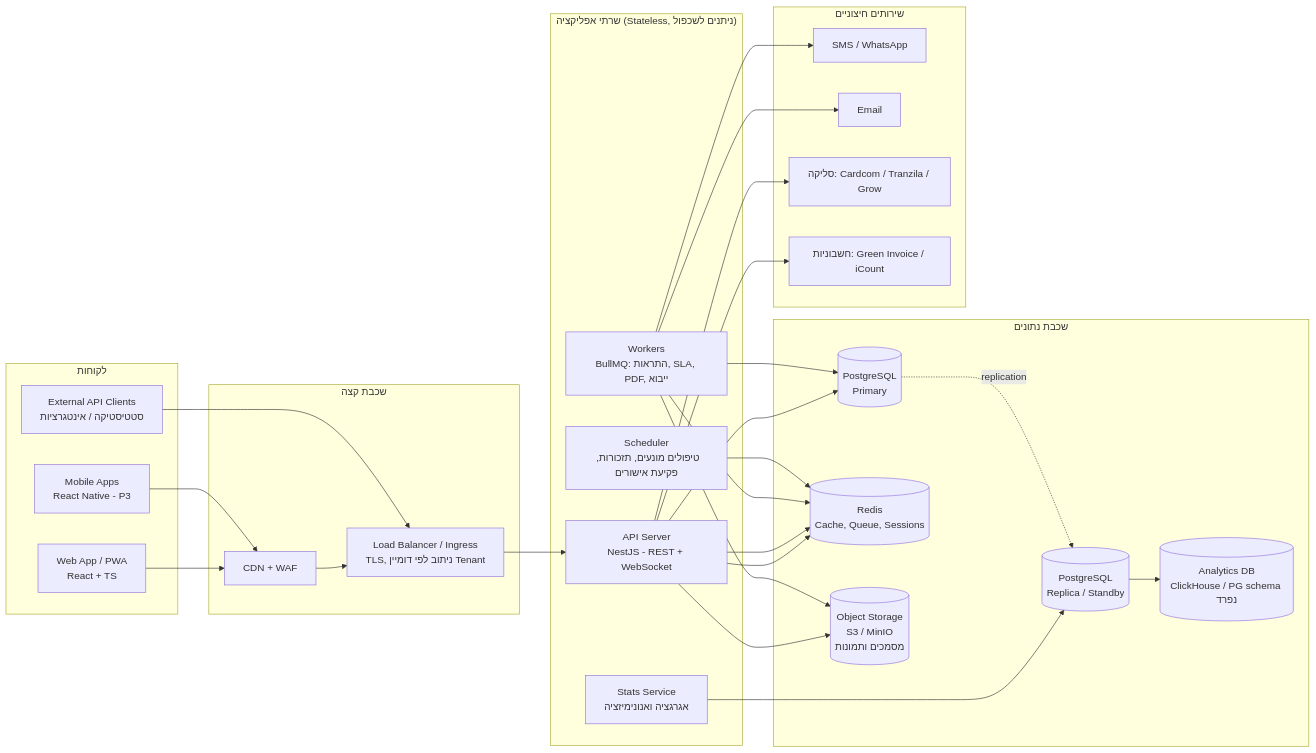
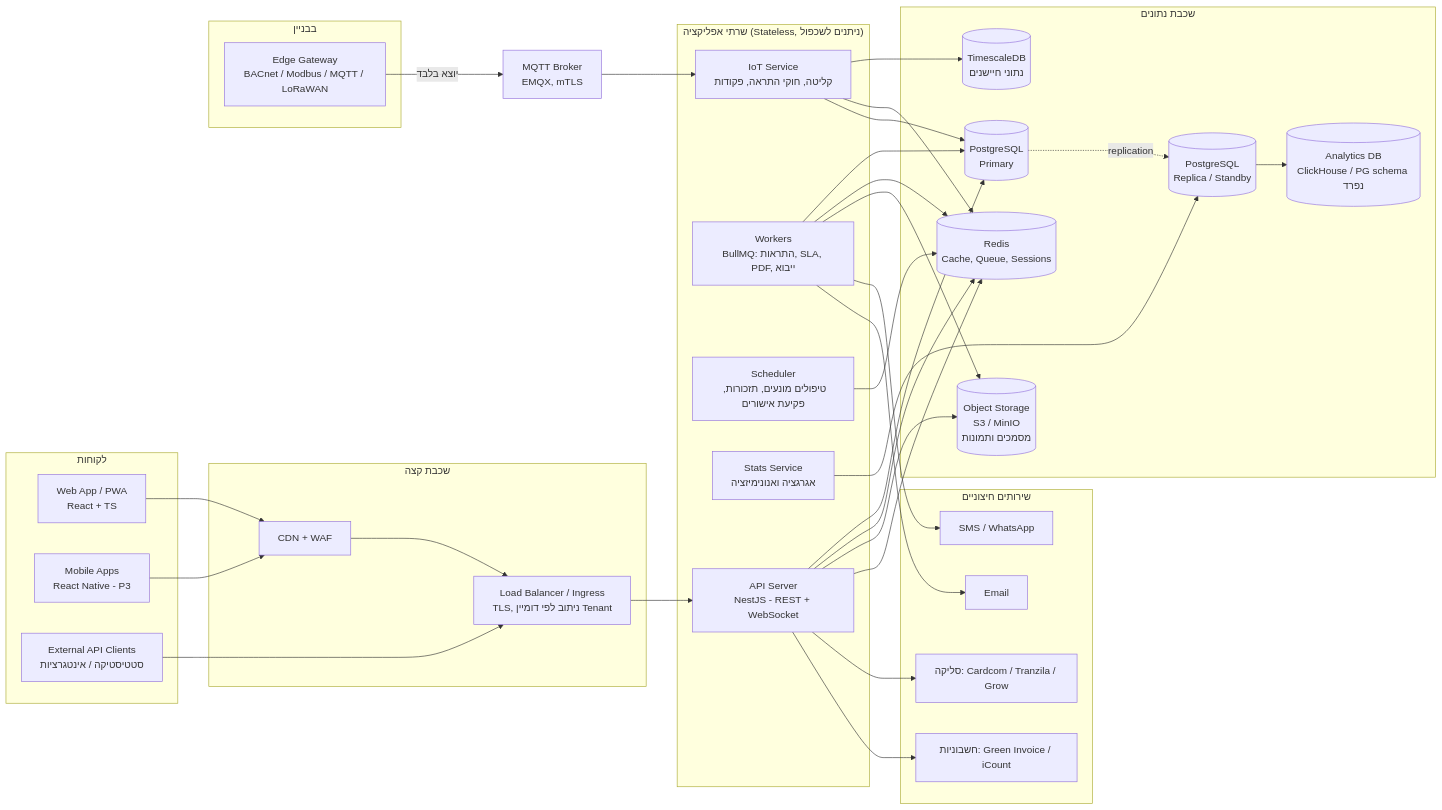
Before and after one commit to ma3333/ma3000: the diagram in docs/03-architecture.md, drawn with Mermaid. The commit also changed other lines of this file and 9 other files, not shown here.

````diff
--- a/docs/03-architecture.md
+++ b/docs/03-architecture.md
@@ -5,45 +5,56 @@
 ```mermaid
 flowchart LR
     subgraph Clients["לקוחות"]
         W[Web App / PWA<br/>React + TS]
         M[Mobile Apps<br/>React Native - P3]
         X[External API Clients<br/>סטטיסטיקה / אינטגרציות]
     end
 
     subgraph Edge["שכבת קצה"]
         CDN[CDN + WAF]
         LB[Load Balancer / Ingress<br/>TLS, ניתוב לפי דומיין Tenant]
     end
 
     subgraph App["שרתי אפליקציה (Stateless, ניתנים לשכפול)"]
         API[API Server<br/>NestJS - REST + WebSocket]
         WRK[Workers<br/>BullMQ: התראות, SLA, PDF, ייבוא]
         SCH[Scheduler<br/>טיפולים מונעים, תזכורות, פקיעת אישורים]
         STAT[Stats Service<br/>אגרגציה ואנונימיזציה]
+        IOT[IoT Service<br/>קליטה, חוקי התראה, פקודות]
     end
+
+    subgraph Site["בבניין"]
+        GW[Edge Gateway<br/>BACnet / Modbus / MQTT / LoRaWAN]
+    end
+
+    MQ[MQTT Broker<br/>EMQX, mTLS]
 
     subgraph Data["שכבת נתונים"]
         PG[(PostgreSQL<br/>Primary)]
         PGR[(PostgreSQL<br/>Replica / Standby)]
         RD[(Redis<br/>Cache, Queue, Sessions)]
         S3[(Object Storage<br/>S3 / MinIO<br/>מסמכים ותמונות)]
         DW[(Analytics DB<br/>ClickHouse / PG schema נפרד)]
+        TSDB[(TimescaleDB<br/>נתוני חיישנים)]
     end
 
     subgraph Ext["שירותים חיצוניים"]
         SMS[SMS / WhatsApp]
         MAIL[Email]
         PAY[סליקה: Cardcom / Tranzila / Grow]
         INV[חשבוניות: Green Invoice / iCount]
     end
 
     W & M --> CDN --> LB --> API
     X --> LB
     API --> PG & RD & S3
     API --> RD
     WRK --> PG & RD & S3 & SMS & MAIL
     SCH --> RD
     STAT --> PGR --> DW
     API --> PAY & INV
     PG -. replication .-> PGR
+    GW -- יוצא בלבד --> MQ --> IOT --> TSDB
+    IOT --> RD
+    IOT --> PG
 ```
````
